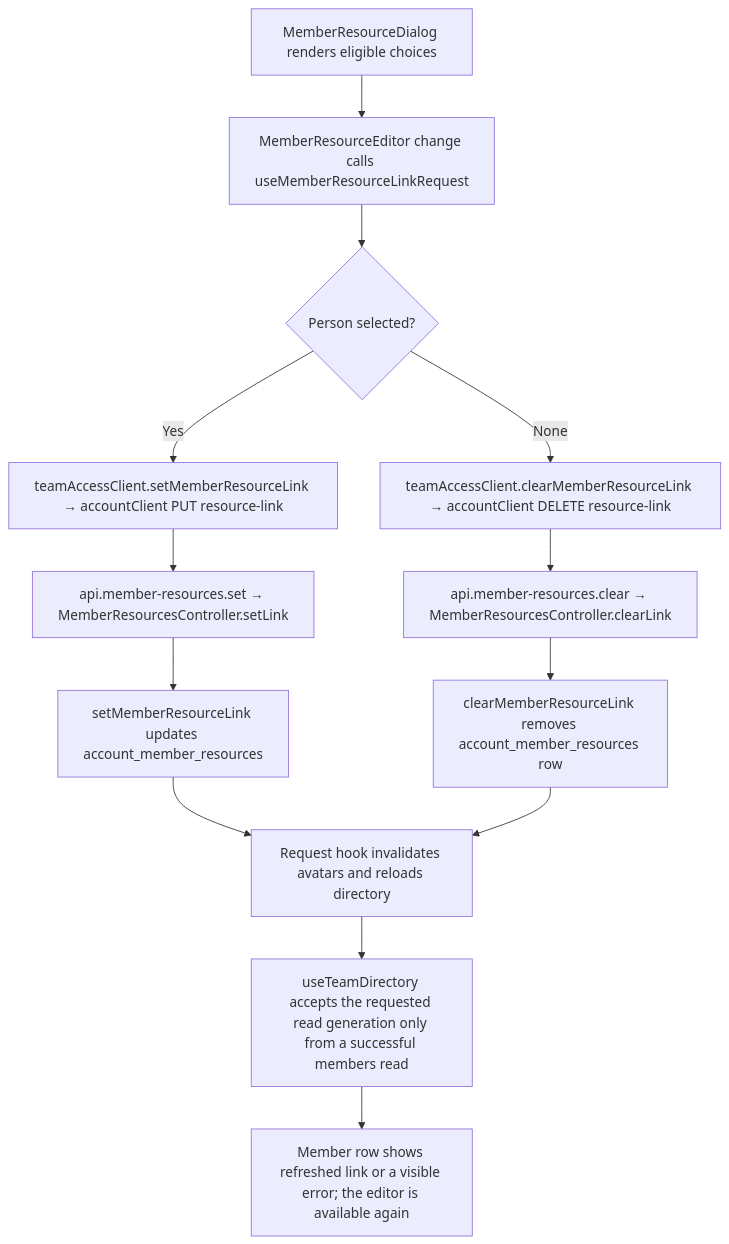
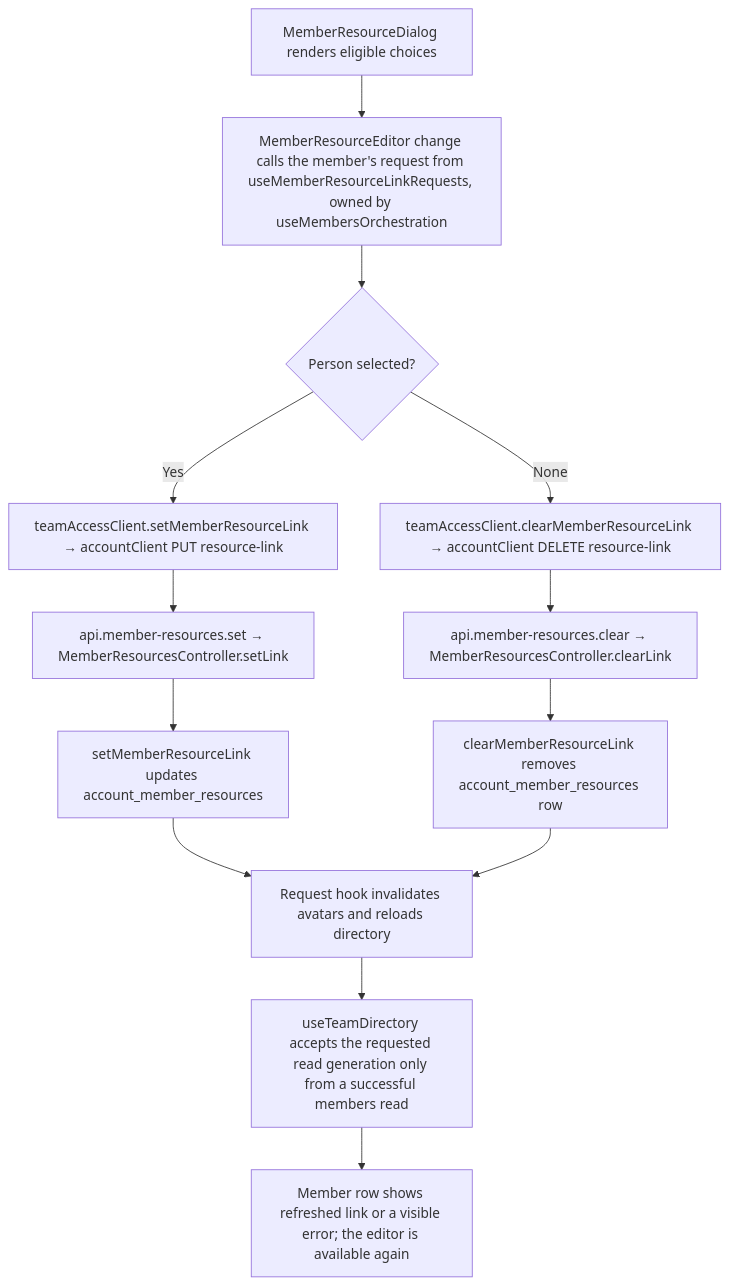
One commit to Kevinjohn/capacitylens changed the second of 2 diagrams in user-stories/team/US-TEAM-07-link-resource.md. Above: the diagram before and after it, drawn with Mermaid. The commit also changed other lines of this file and 10 other files, not shown here.

First line of the commit message:
Keep resource-link requests and fresher snapshots across member list changes

````diff
--- a/user-stories/team/US-TEAM-07-link-resource.md
+++ b/user-stories/team/US-TEAM-07-link-resource.md
@@ -35,15 +35,15 @@
 ```mermaid
 flowchart TD
-    Dialog["MemberResourceDialog renders eligible choices"] --> Select["MemberResourceEditor change calls useMemberResourceLinkRequest"]
+    Dialog["MemberResourceDialog renders eligible choices"] --> Select["MemberResourceEditor change calls the member's request from useMemberResourceLinkRequests, owned by useMembersOrchestration"]
     Select --> Choose{"Person selected?"}
     Choose -->|"Yes"| SetClient["teamAccessClient.setMemberResourceLink → accountClient PUT resource-link"]
     SetClient --> SetRoute["api.member-resources.set → MemberResourcesController.setLink"]
     SetRoute --> SetLink["setMemberResourceLink updates account_member_resources"]
     Choose -->|"None"| ClearClient["teamAccessClient.clearMemberResourceLink → accountClient DELETE resource-link"]
     ClearClient --> ClearRoute["api.member-resources.clear → MemberResourcesController.clearLink"]
     ClearRoute --> ClearLink["clearMemberResourceLink removes account_member_resources row"]
     SetLink --> Reload["Request hook invalidates avatars and reloads directory"]
     ClearLink --> Reload
     Reload --> Fence["useTeamDirectory accepts the requested read generation only from a successful members read"]
     Fence --> Row["Member row shows refreshed link or a visible error; the editor is available again"]
 ```
````
